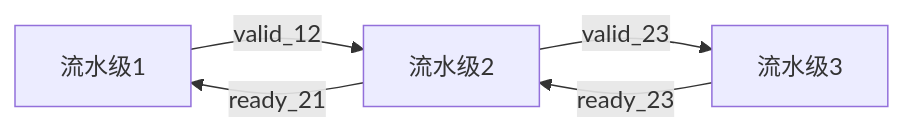
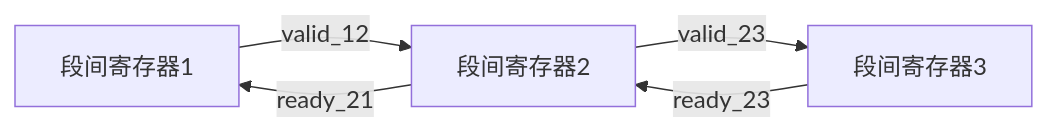
Before and after one commit to JYJSXX/AmberCPU: the diagram in TOP_CPU.md, drawn with Mermaid. The commit also changed other lines of this file and 10 other files, not shown here.

````diff
--- a/TOP_CPU.md
+++ b/TOP_CPU.md
@@ -23,7 +23,7 @@
 ```mermaid
 graph LR
-    流水级1--valid_12-->流水级2
-    流水级2--ready_21-->流水级1
-    流水级2--valid_23-->流水级3
-    流水级3--ready_23-->流水级2
+    段间寄存器1--valid_12-->段间寄存器2
+    段间寄存器2--ready_21-->段间寄存器1
+    段间寄存器2--valid_23-->段间寄存器3
+    段间寄存器3--ready_23-->段间寄存器2
 ```
````
